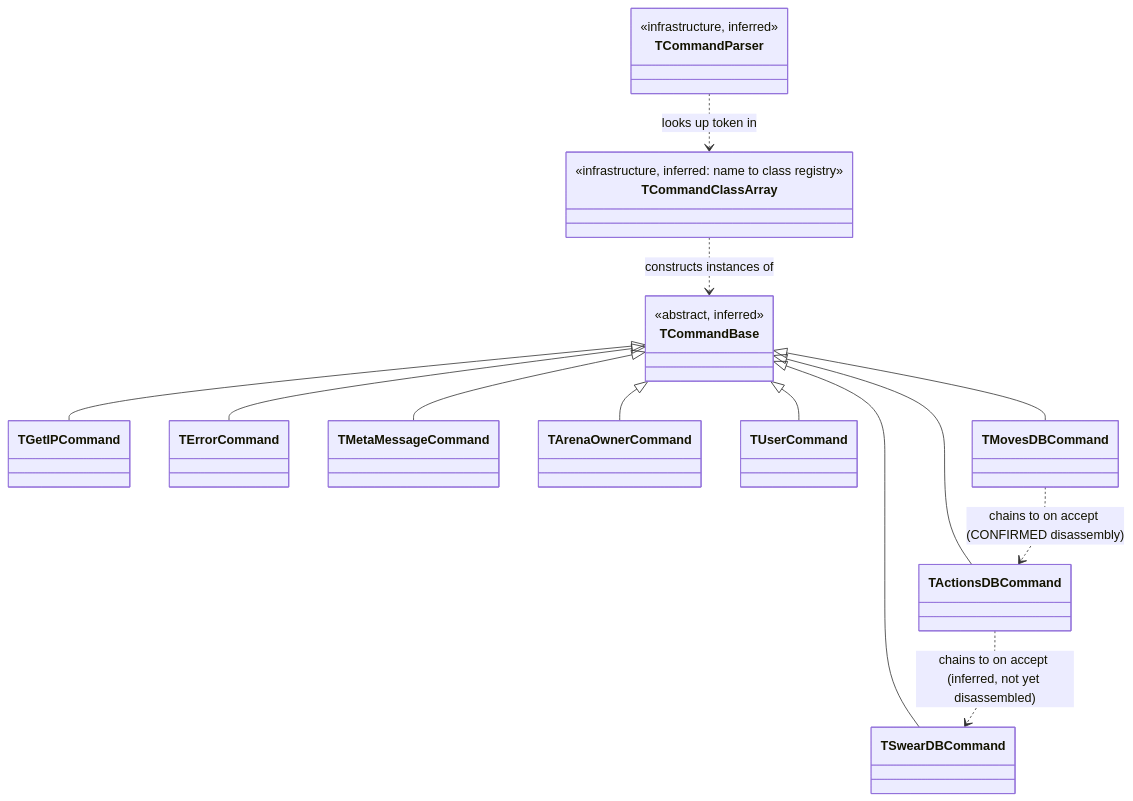
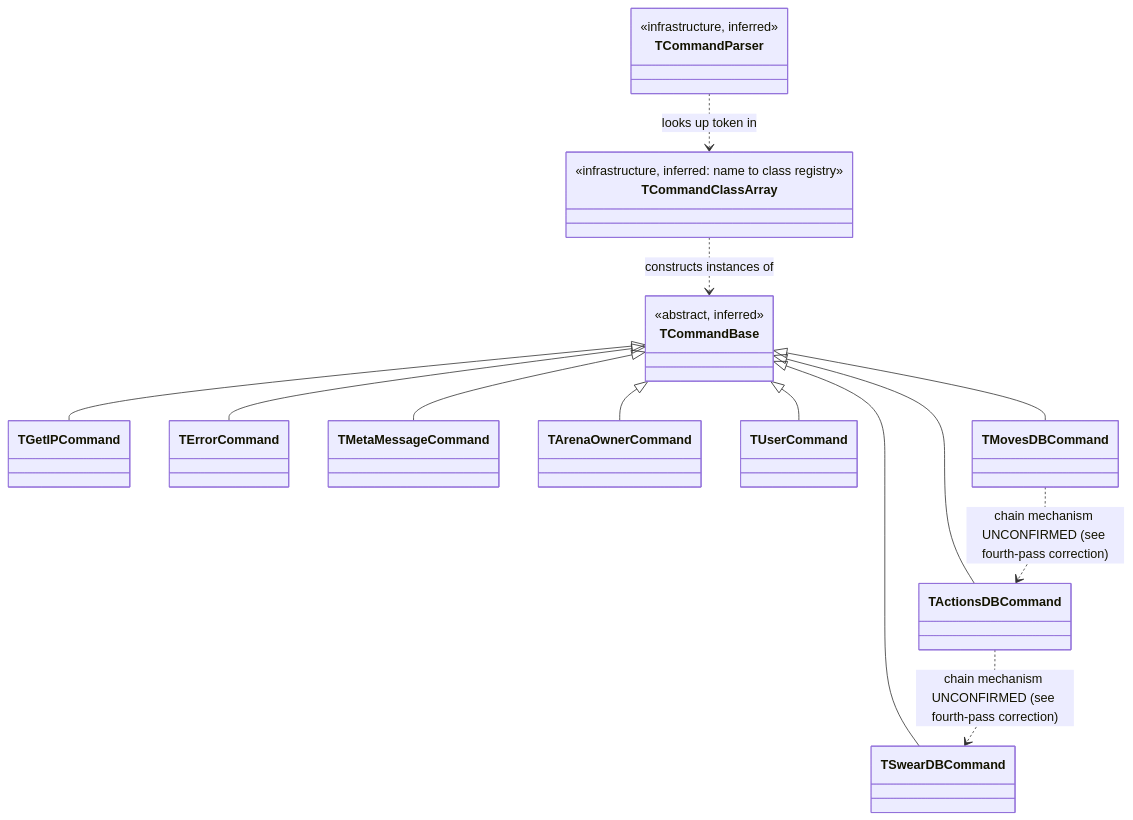
The first of 2 diagrams in docs/protocol.md (simonhayes51/gitr2k), drawn with Mermaid before and after one commit. The commit also changed other lines of this file and 2 other files, not shown here.

First line of the commit message:
Retract a wrong VMT-chain claim; record a solid Execute-array finding

````diff
--- a/docs/protocol.md
+++ b/docs/protocol.md
@@ -222,26 +213,26 @@
 ```mermaid
 classDiagram
     class TCommandBase {
         <<abstract, inferred>>
     }
     class TCommandParser {
         <<infrastructure, inferred>>
     }
     class TCommandClassArray {
         <<infrastructure, inferred: name to class registry>>
     }
     TCommandParser ..> TCommandClassArray : looks up token in
     TCommandClassArray ..> TCommandBase : constructs instances of
 
     TCommandBase <|-- TGetIPCommand
     TCommandBase <|-- TErrorCommand
     TCommandBase <|-- TMetaMessageCommand
     TCommandBase <|-- TArenaOwnerCommand
     TCommandBase <|-- TUserCommand
     TCommandBase <|-- TMovesDBCommand
     TCommandBase <|-- TActionsDBCommand
     TCommandBase <|-- TSwearDBCommand
 
-    TMovesDBCommand ..> TActionsDBCommand : chains to on accept (CONFIRMED disassembly)
-    TActionsDBCommand ..> TSwearDBCommand : chains to on accept (inferred, not yet disassembled)
+    TMovesDBCommand ..> TActionsDBCommand : chain mechanism UNCONFIRMED (see fourth-pass correction)
+    TActionsDBCommand ..> TSwearDBCommand : chain mechanism UNCONFIRMED (see fourth-pass correction)
 ```
````
